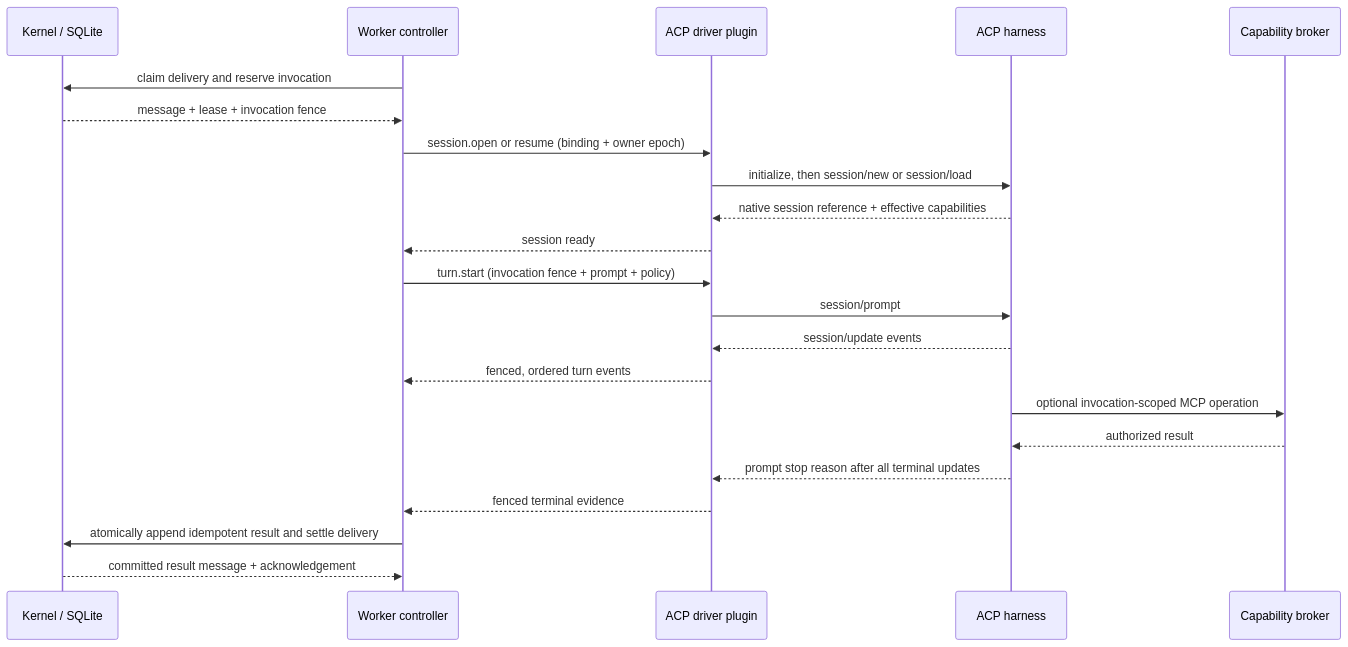
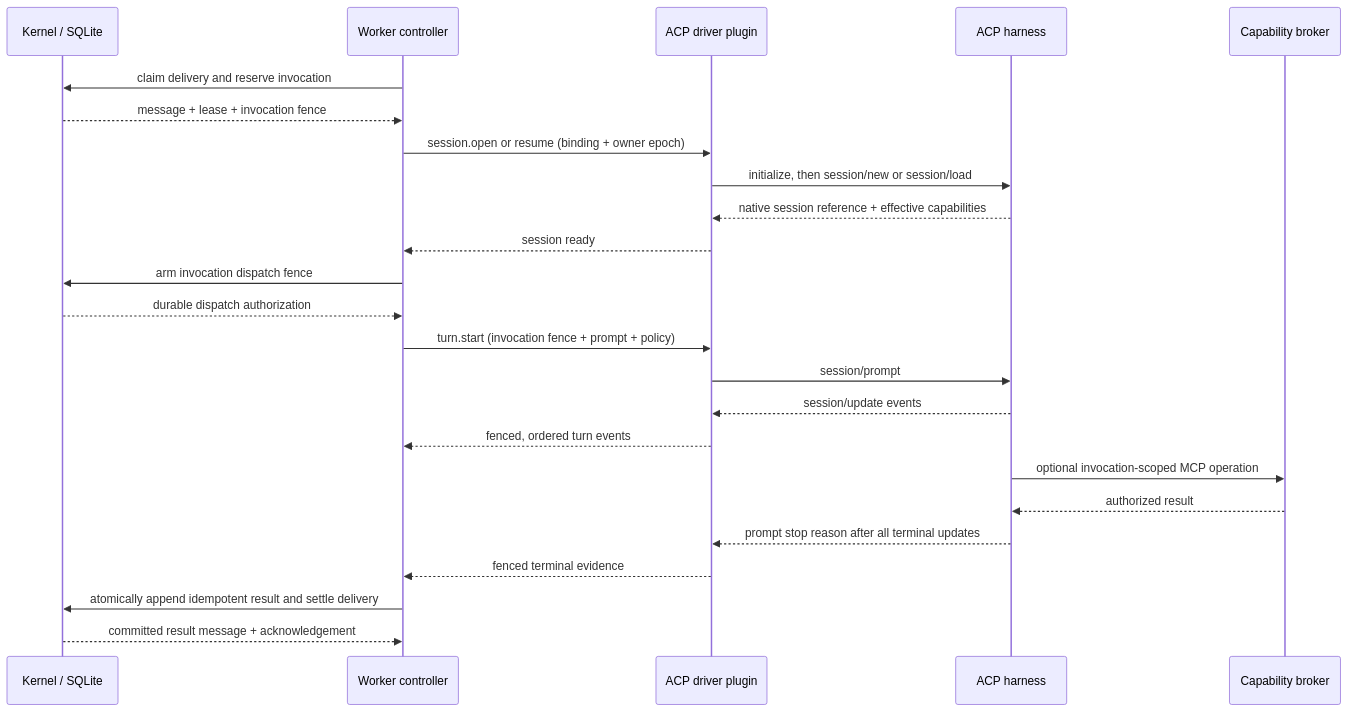
One commit to ngalluzzo/fleetd changed the third of 6 diagrams in docs/HARNESS_EXECUTION.md. Above: the diagram before and after it, drawn with Mermaid. The commit also changed other lines of this file and 17 other files, not shown here.

Commit message:
feat: fence managed invocation crash windows

````diff
--- a/docs/HARNESS_EXECUTION.md
+++ b/docs/HARNESS_EXECUTION.md
@@ -276,25 +286,27 @@
 ```mermaid
 sequenceDiagram
     participant K as Kernel / SQLite
     participant C as Worker controller
     participant P as ACP driver plugin
     participant A as ACP harness
     participant B as Capability broker
 
     C->>K: claim delivery and reserve invocation
     K-->>C: message + lease + invocation fence
     C->>P: session.open or resume (binding + owner epoch)
     P->>A: initialize, then session/new or session/load
     A-->>P: native session reference + effective capabilities
     P-->>C: session ready
+    C->>K: arm invocation dispatch fence
+    K-->>C: durable dispatch authorization
     C->>P: turn.start (invocation fence + prompt + policy)
     P->>A: session/prompt
     A-->>P: session/update events
     P-->>C: fenced, ordered turn events
     A->>B: optional invocation-scoped MCP operation
     B-->>A: authorized result
     A-->>P: prompt stop reason after all terminal updates
     P-->>C: fenced terminal evidence
     C->>K: atomically append idempotent result and settle delivery
     K-->>C: committed result message + acknowledgement
 ```
````
